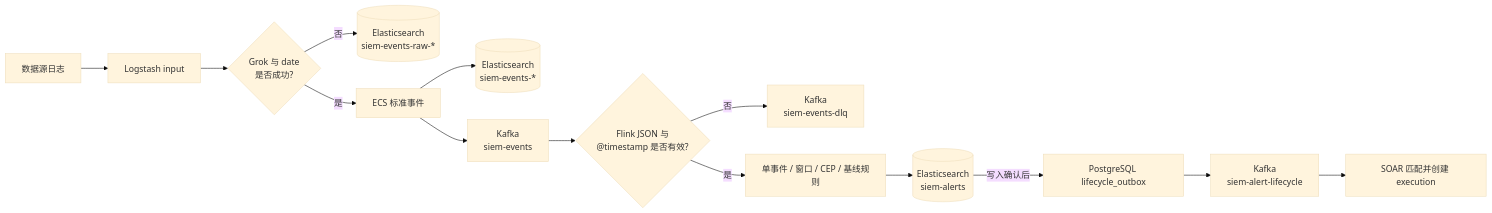
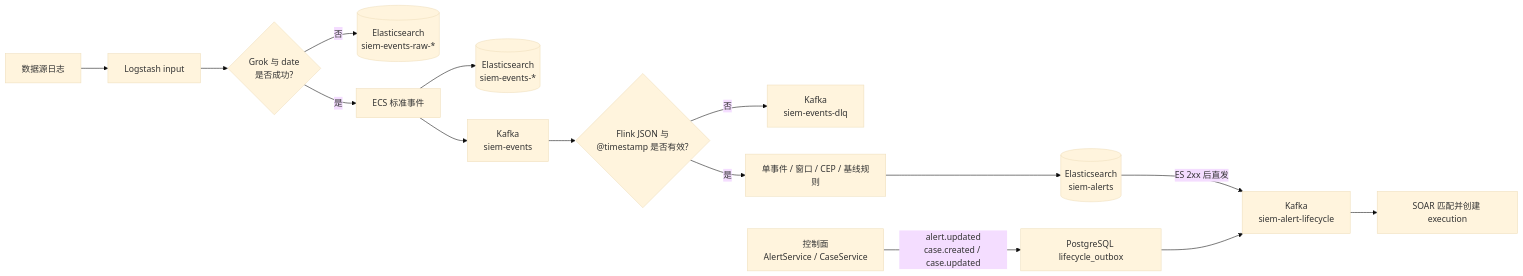
Before and after one commit to xsc683/HISIEM: the second of 5 diagrams in docs/architecture.md, drawn with Mermaid (base theme). The commit also changed other lines of this file and 28 other files, not shown here.

````diff
--- a/docs/architecture.md
+++ b/docs/architecture.md
@@ -73,16 +73,17 @@
 ```mermaid
 flowchart LR
     SOURCE["数据源日志"] --> LS["Logstash input"]
     LS --> PARSE{"Grok 与 date<br/>是否成功?"}
     PARSE -->|"否"| RAW[("Elasticsearch<br/>siem-events-raw-*")]
     PARSE -->|"是"| ECS["ECS 标准事件"]
     ECS --> EVENTS[("Elasticsearch<br/>siem-events-*")]
     ECS --> KAFKA["Kafka<br/>siem-events"]
     KAFKA --> FP{"Flink JSON 与<br/>@timestamp 是否有效?"}
     FP -->|"否"| DLQ["Kafka<br/>siem-events-dlq"]
     FP -->|"是"| RULES["单事件 / 窗口 / CEP / 基线规则"]
     RULES --> ALERT[("Elasticsearch<br/>siem-alerts")]
-    ALERT -->|"写入确认后"| ALERT_OUTBOX["PostgreSQL lifecycle_outbox"]
-    ALERT_OUTBOX --> ALERT_LIFE["Kafka<br/>siem-alert-lifecycle"]
+    ALERT -->|"ES 2xx 后直发"| ALERT_LIFE["Kafka<br/>siem-alert-lifecycle"]
+    CONTROL["控制面<br/>AlertService / CaseService"] -->|"alert.updated<br/>case.created / case.updated"| ALERT_OUTBOX["PostgreSQL lifecycle_outbox"]
+    ALERT_OUTBOX --> ALERT_LIFE
     ALERT_LIFE --> SOAR["SOAR 匹配并创建 execution"]
 ```
````
